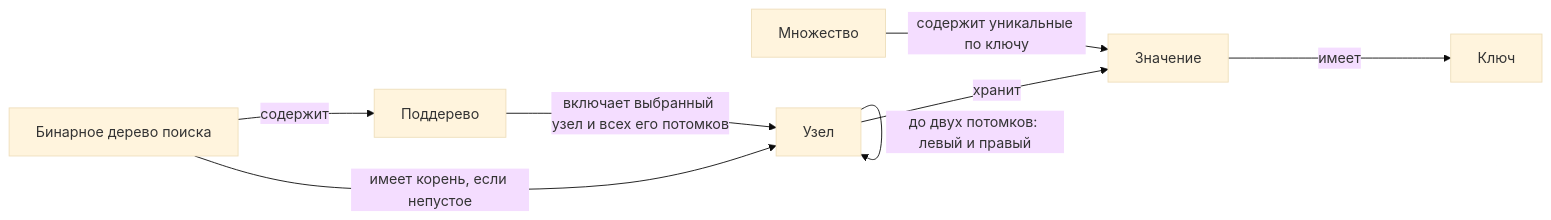
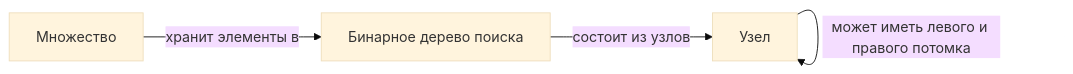
Before and after one commit to monxchrxme/NLS-Lab1-BinSearchTree: the first of 4 diagrams in design.md, drawn with Mermaid (base theme). The commit also changed other lines of this file, not shown here.

````diff
--- a/design.md
+++ b/design.md
@@ -22,10 +20,6 @@
 ```mermaid
 flowchart LR
-    Tree["Бинарное дерево поиска"] -->|"имеет корень, если непустое"| Node["Узел"]
-    Tree -->|"содержит"| Subtree["Поддерево"]
-    Node -->|"хранит"| Value["Значение"]
-    Node -->|"до двух потомков: левый и правый"| Node
-    Subtree -->|"включает выбранный узел и всех его потомков"| Node
-    Set["Множество"] -->|"содержит уникальные по ключу"| Value
-    Value -->|"имеет"| Key["Ключ"]
+    Set["Множество"] -->|"хранит элементы в"| Tree["Бинарное дерево поиска"]
+    Tree -->|"состоит из узлов"| Node["Узел"]
+    Node -->|"может иметь левого и правого потомка"| Node
 ```
````
